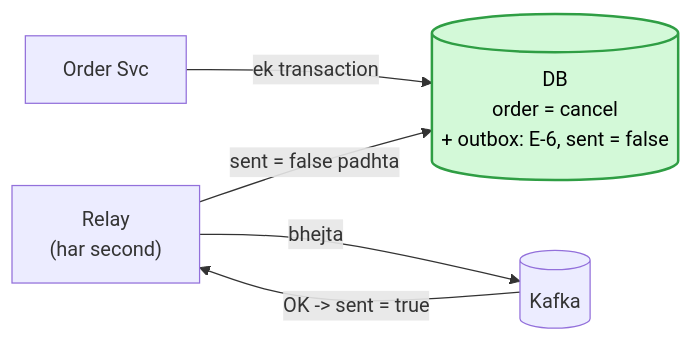
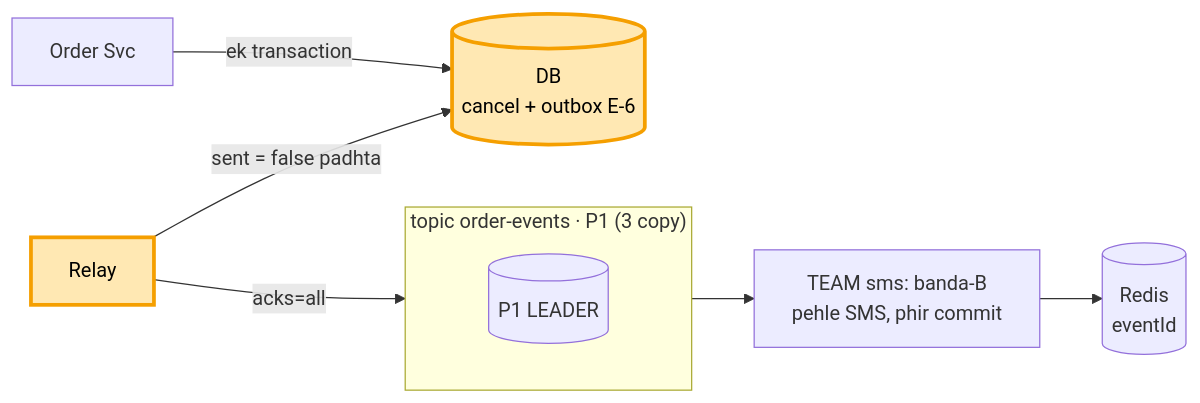
One commit to ArpanMaheshwari144/Prep changed the eighth of 8 diagrams in 04_HLD/SYSTEM_DESIGNS/12_message_queue_kafka/kafka_concepts.md. Above: the diagram before and after it, drawn with Mermaid. The commit also changed other lines of this file, not shown here.

Commit message:
kafka concepts: har diagram pichhle ko aage badhata, peela = naya juda

````diff
--- a/04_HLD/SYSTEM_DESIGNS/12_message_queue_kafka/kafka_concepts.md
+++ b/04_HLD/SYSTEM_DESIGNS/12_message_queue_kafka/kafka_concepts.md
@@ -170,8 +179,13 @@
 ```mermaid
 flowchart LR
-    O["Order Svc"] -- "ek transaction" --> D[("DB<br/>order = cancel<br/>+ outbox: E-6, sent = false")]
-    R["Relay<br/>(har second)"] -- "sent = false padhta" --> D
-    R -- "bhejta" --> K[("Kafka")]
-    K -- "OK -> sent = true" --> R
-    style D fill:#d3f9d8,stroke:#2f9e44,stroke-width:2px,color:#000
+    O["Order Svc"] -- "ek transaction" --> DB[("DB<br/>cancel + outbox E-6")]
+    RL["Relay"] -- "sent = false padhta" --> DB
+    RL -- "acks=all" --> T
+    subgraph T["topic order-events · P1 (3 copy)"]
+        L[("P1 LEADER")]
+    end
+    T --> B["TEAM sms: banda-B<br/>pehle SMS, phir commit"]
+    B --> R[("Redis<br/>eventId")]
+    style DB fill:#ffe8b3,stroke:#f59f00,stroke-width:3px,color:#000
+    style RL fill:#ffe8b3,stroke:#f59f00,stroke-width:3px,color:#000
 ```
````
